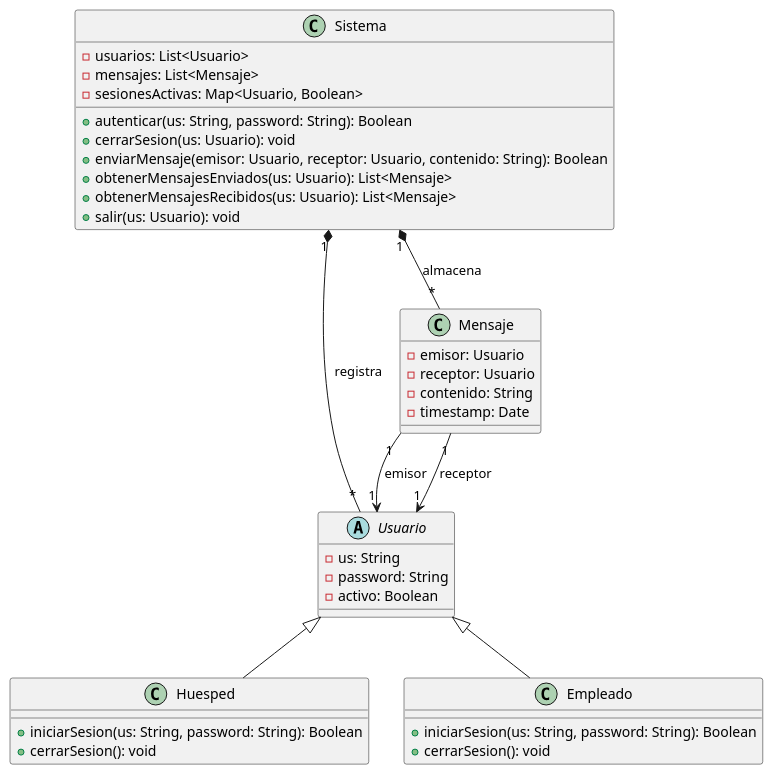
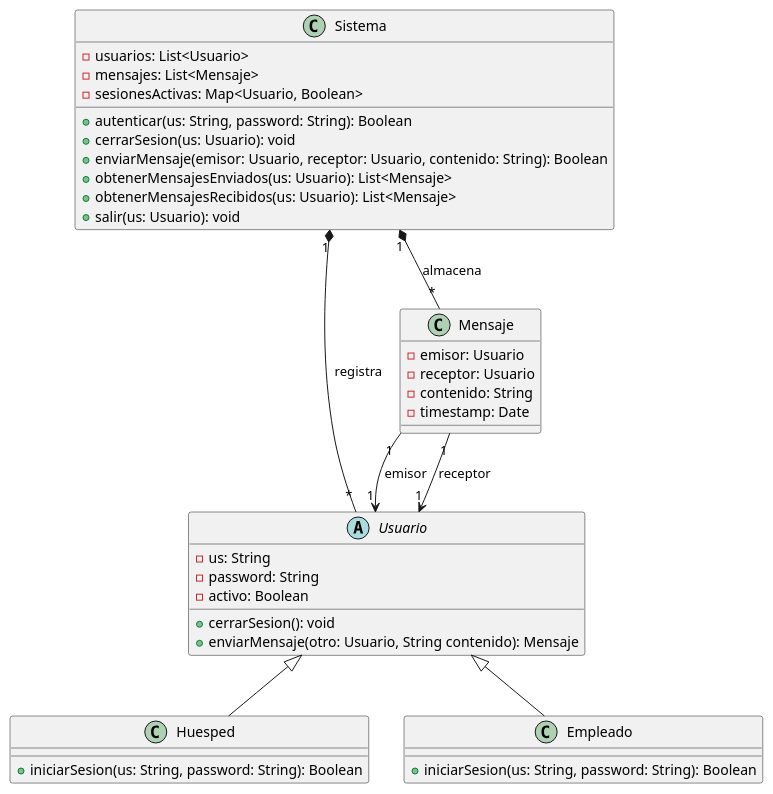
The diagram in ejercicios/guia1/cartelera/src/main/resources/cartelera.puml (PabloDiosquez/Algoritmos_III), drawn with PlantUML before and after one commit. The commit also changed 6 other files, not shown here.

```diff
--- a/ejercicios/guia1/cartelera/src/main/resources/cartelera.puml
+++ b/ejercicios/guia1/cartelera/src/main/resources/cartelera.puml
@@ -1,46 +1,46 @@
 @startuml
 
 class Sistema {
   -usuarios: List<Usuario>
   -mensajes: List<Mensaje>
   -sesionesActivas: Map<Usuario, Boolean>
 
   +autenticar(us: String, password: String): Boolean
   +cerrarSesion(us: Usuario): void
   +enviarMensaje(emisor: Usuario, receptor: Usuario, contenido: String): Boolean
   +obtenerMensajesEnviados(us: Usuario): List<Mensaje>
   +obtenerMensajesRecibidos(us: Usuario): List<Mensaje>
   +salir(us: Usuario): void
 }
 
 abstract class Usuario {
   -us: String
   -password: String
   -activo: Boolean
+  +cerrarSesion(): void
+  +enviarMensaje(otro: Usuario, String contenido): Mensaje
 }
 
 class Mensaje {
   -emisor: Usuario
   -receptor: Usuario
   -contenido: String
   -timestamp: Date
 }
 
 class Huesped {
   +iniciarSesion(us: String, password: String): Boolean
-  +cerrarSesion(): void
 }
 
 class Empleado {
   +iniciarSesion(us: String, password: String): Boolean
-  +cerrarSesion(): void
 }
 
 Sistema "1" *-- "*" Usuario: registra
 Sistema "1" *-- "*" Mensaje: almacena
 Usuario <|-- Huesped
 Usuario <|-- Empleado
 Mensaje "1" --> "1" Usuario: emisor
 Mensaje "1" --> "1" Usuario: receptor
 
 @enduml
```
